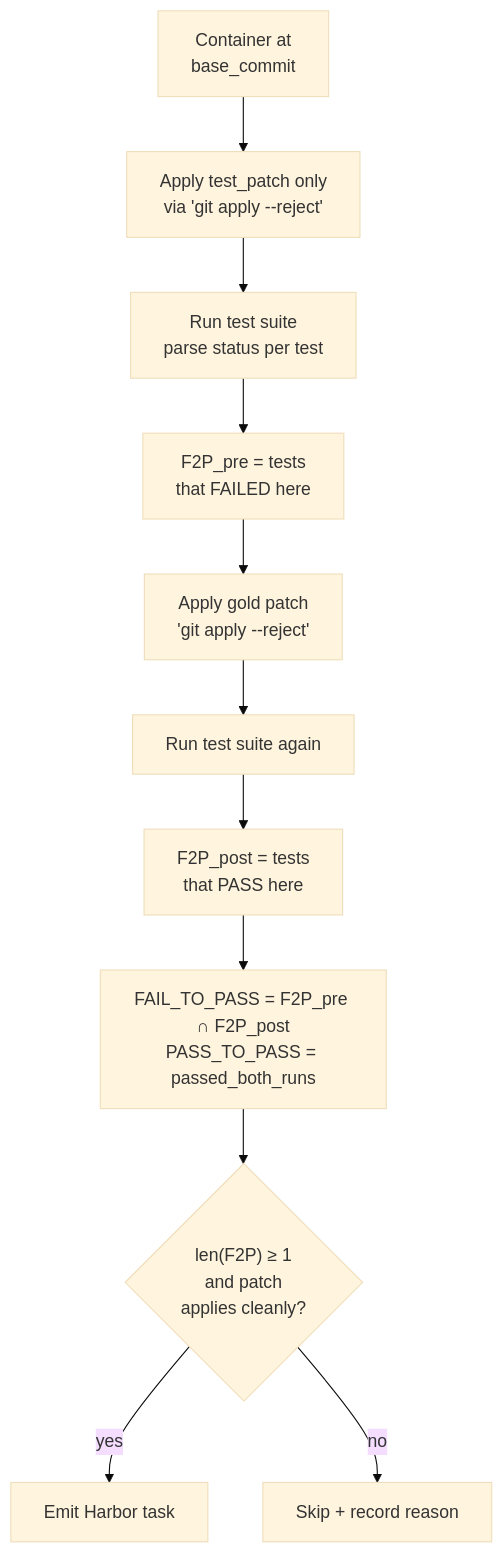
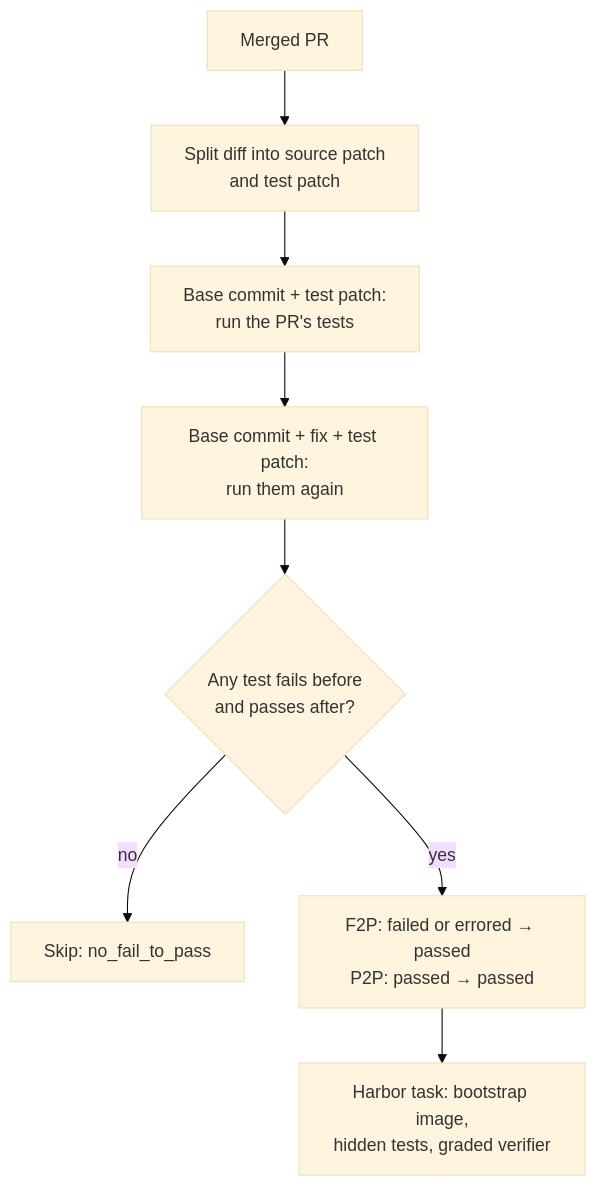
One commit to huggingface/Repo2RLEnv changed the diagram in docs/pipelines/pr_runtime.md. Above: the diagram before and after it, drawn with Mermaid (base theme). The commit also changed other lines of this file and 176 other files, not shown here.

````diff
--- a/docs/pipelines/pr_runtime.md
+++ b/docs/pipelines/pr_runtime.md
@@ -59,13 +61,10 @@
 ```mermaid
 flowchart TD
-    A["Container at<br/>base_commit"] --> B["Apply test_patch only<br/>via 'git apply --reject'"]
-    B --> C["Run test suite<br/>parse status per test"]
-    C --> D["F2P_pre = tests<br/>that FAILED here"]
-    D --> E["Apply gold patch<br/>'git apply --reject'"]
-    E --> F["Run test suite again"]
-    F --> G["F2P_post = tests<br/>that PASS here"]
-    G --> H["FAIL_TO_PASS = F2P_pre ∩ F2P_post<br/>PASS_TO_PASS = passed_both_runs"]
-    H --> I{"len(F2P) ≥ 1<br/>and patch<br/>applies cleanly?"}
-    I -- yes --> J["Emit Harbor task"]
-    I -- no --> K["Skip + record reason"]
+  A["Merged PR"] --> B["Split diff into source patch<br/>and test patch"]
+  B --> C["Base commit + test patch:<br/>run the PR's tests"]
+  C --> D["Base commit + fix + test patch:<br/>run them again"]
+  D --> E{"Any test fails before<br/>and passes after?"}
+  E -- no --> Z["Skip: no_fail_to_pass"]
+  E -- yes --> F["F2P: failed or errored → passed<br/>P2P: passed → passed"]
+  F --> G["Harbor task: bootstrap image,<br/>hidden tests, graded verifier"]
 ```
````
